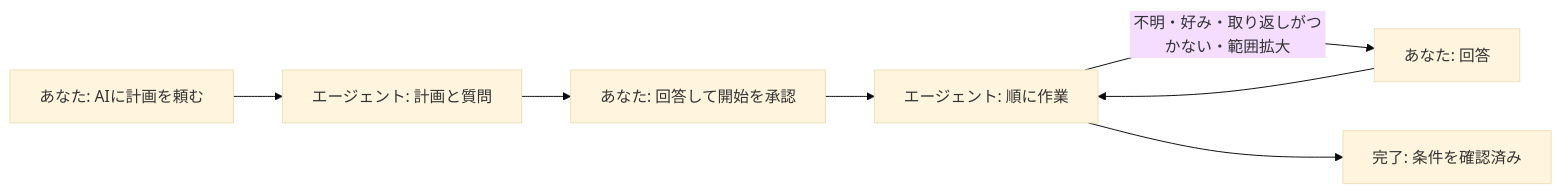
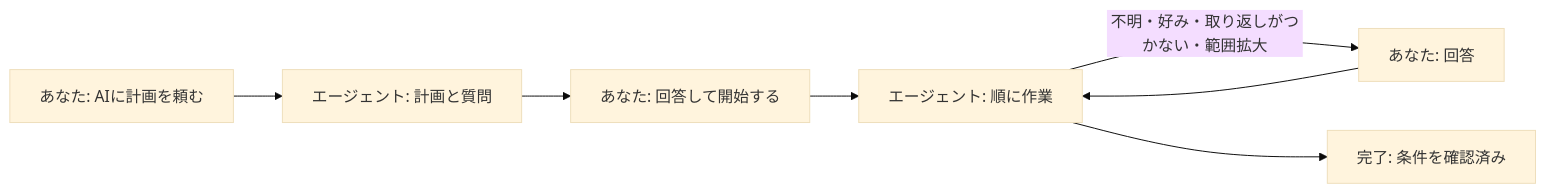
One commit to FooQoo/agent-project changed the diagram in docs/ja/guide/index.md. Above: the diagram before and after it, drawn with Mermaid (base theme). The commit also changed other lines of this file and 6 other files, not shown here.

````diff
--- a/docs/ja/guide/index.md
+++ b/docs/ja/guide/index.md
@@ -44,9 +44,9 @@
 ```mermaid
 flowchart LR
     R["あなた: AIに計画を頼む"] --> P["エージェント: 計画と質問"]
-    P --> A["あなた: 回答して開始を承認"]
+    P --> A["あなた: 回答して開始する"]
     A --> W["エージェント: 順に作業"]
     W -- "不明・好み・取り返しがつかない・範囲拡大" --> Q["あなた: 回答"]
     Q --> W
     W --> D["完了: 条件を確認済み"]
 ```
````
